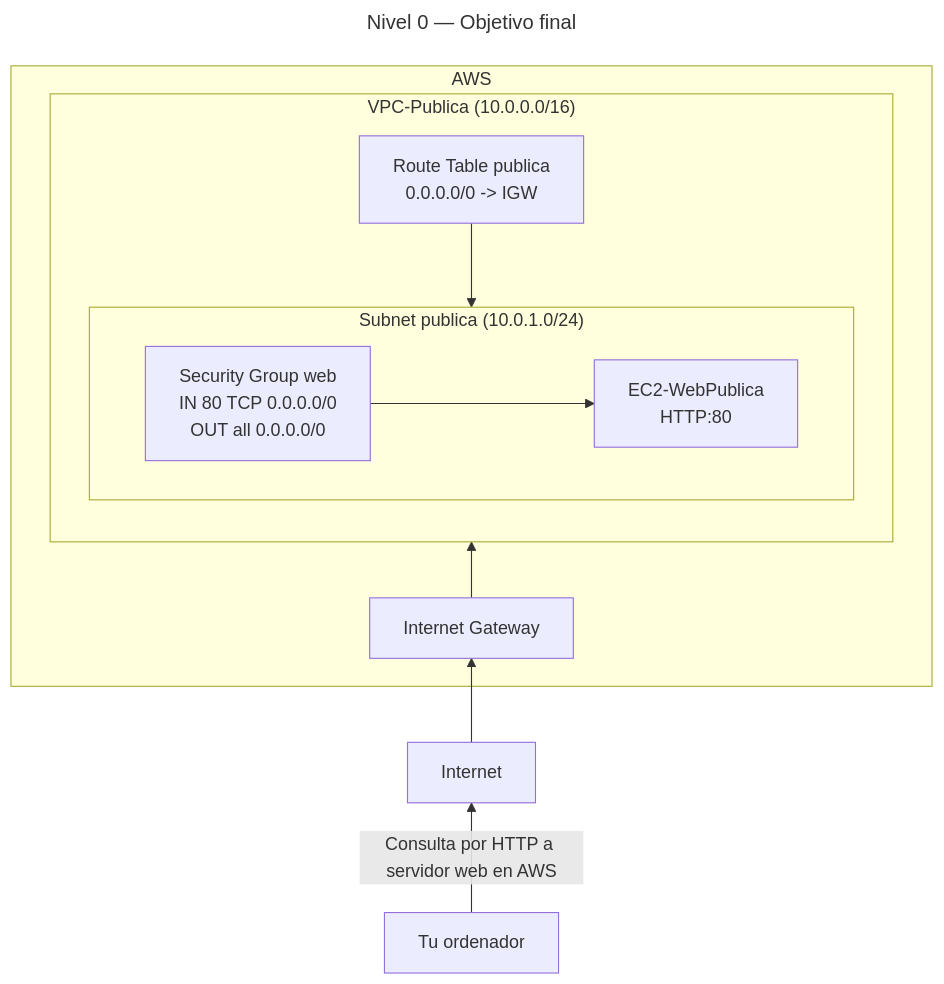
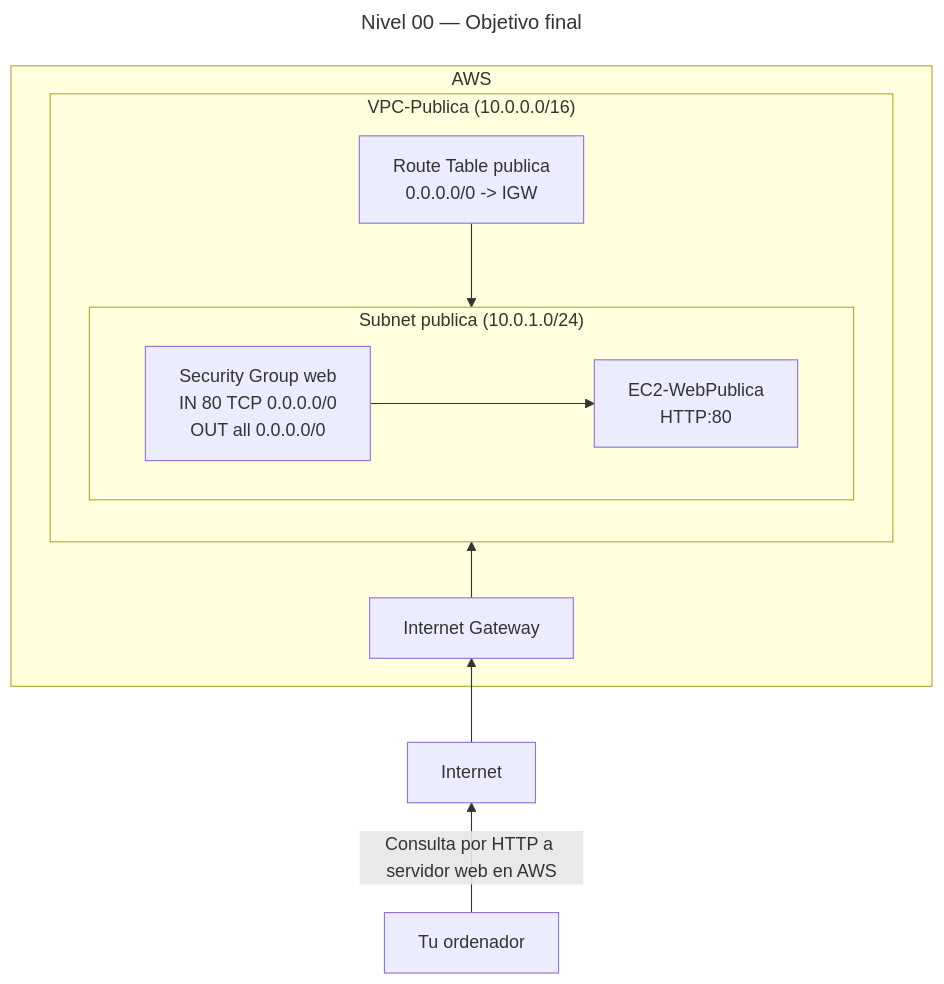
One commit to Marcos-SA-git/AWS-Certifications changed the first of 8 diagrams in SAA-C03/es/Prácticas/Fácil/Nivel-00.md. Above: the diagram before and after it, drawn with Mermaid. The commit also changed other lines of this file, not shown here.

````diff
--- a/SAA-C03/es/Prácticas/Fácil/Nivel-00.md
+++ b/SAA-C03/es/Prácticas/Fácil/Nivel-00.md
@@ -23,26 +23,26 @@
 ```mermaid
 ---
-title: "Nivel 0 — Objetivo final"
+title: "Nivel 00 — Objetivo final"
 ---
 graph BT
 
 subgraph AWS[AWS]
     IGW[Internet Gateway]
     subgraph VPC["VPC-Publica (10.0.0.0/16)"]
         RT[Route Table publica<br>0.0.0.0/0 -> IGW]
         subgraph SUB["Subnet publica (10.0.1.0/24)"]
             EC2[EC2-WebPublica<br>HTTP:80]
             SG[Security Group web<br>IN 80 TCP 0.0.0.0/0<br>OUT all 0.0.0.0/0]
         end
     end
 end
 
 Internet[Internet]
 PC[Tu ordenador]
 
 IGW --> VPC
 RT --> SUB
 SG ---> EC2
 Internet --> IGW
 PC  -->|"Consulta por HTTP a servidor web en AWS"| Internet
 ```
````
